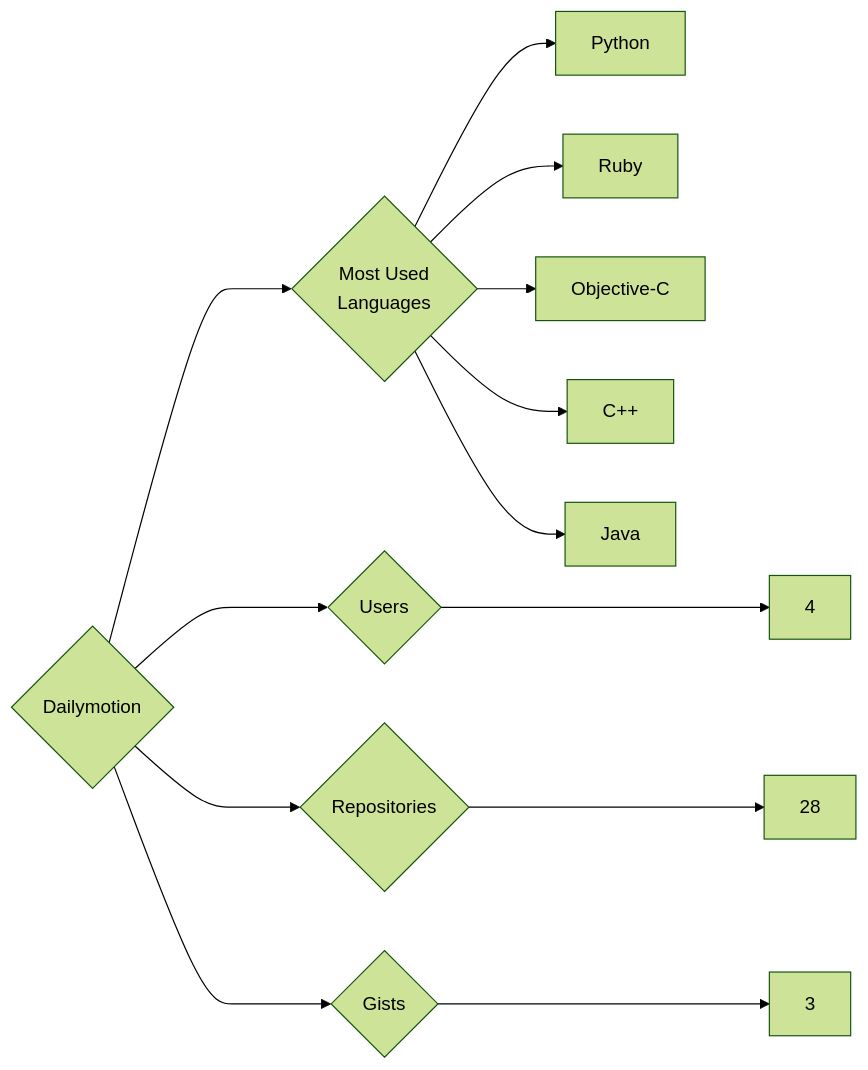
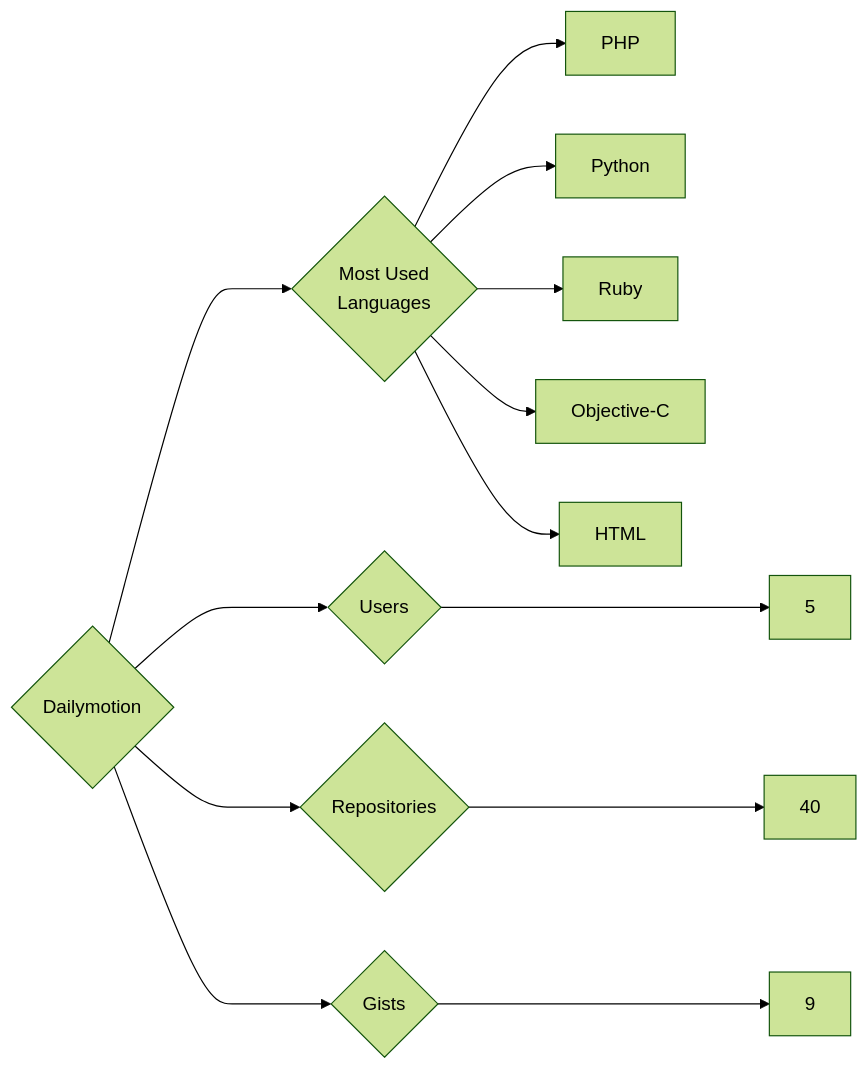
One commit to trickest/insiders changed the diagram in targets/Dailymotion/README.md. Above: the diagram before and after it, drawn with Mermaid (forest theme). The commit also changed 840 other files, not shown here.

````diff
--- a/targets/Dailymotion/README.md
+++ b/targets/Dailymotion/README.md
@@ -3,13 +3,13 @@
 ```mermaid
 graph LR
 COMPANY_NAME{Dailymotion}
-COMPANY_NAME ---> U{Users} ---> UN[4]
-COMPANY_NAME ---> R{Repositories} ---> RN[28]
-COMPANY_NAME ---> G{Gists} ---> GN[3]
+COMPANY_NAME ---> U{Users} ---> UN[5]
+COMPANY_NAME ---> R{Repositories} ---> RN[40]
+COMPANY_NAME ---> G{Gists} ---> GN[9]
 COMPANY_NAME ---> ML{Most Used<br>Languages}
+ML --> PHP[PHP]
 ML --> Python[Python]
 ML --> Ruby[Ruby]
 ML --> Objective-C[Objective-C]
-ML --> C++[C++]
-ML --> Java[Java]
+ML --> HTML[HTML]
 ```
````
